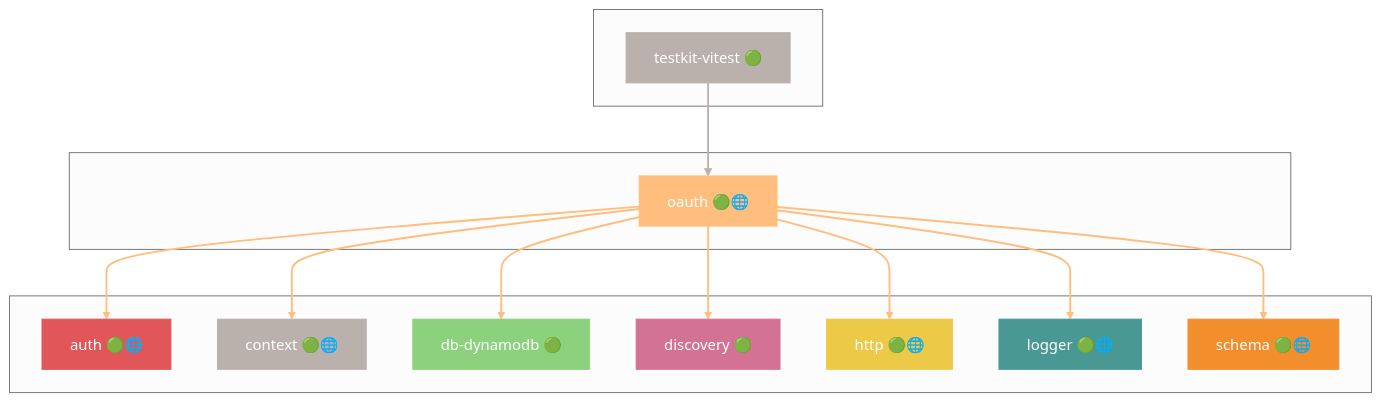
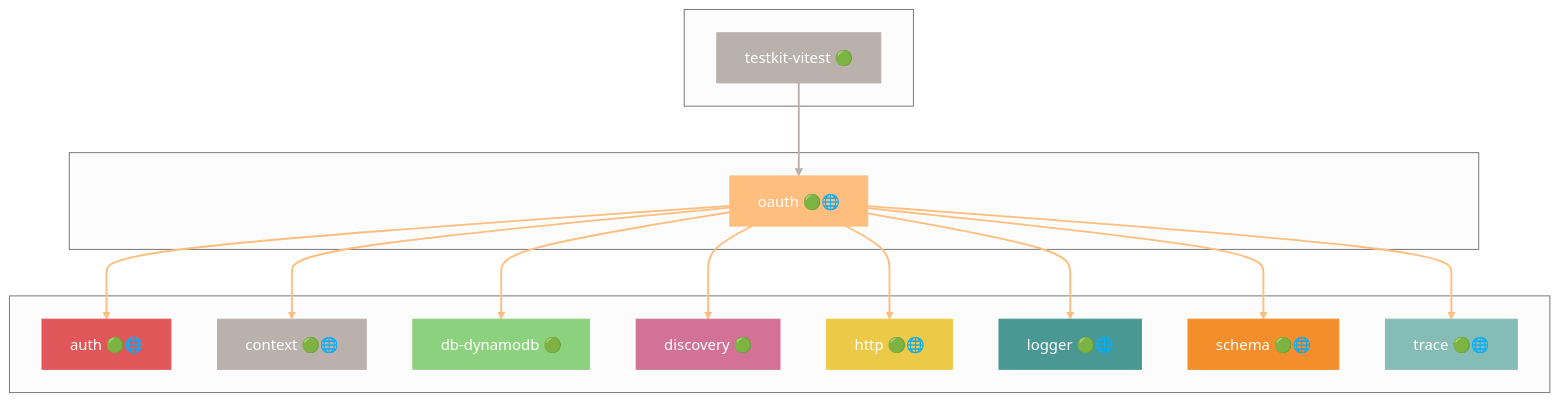
One commit to grest-ts/grest-ts changed diagram 36 of 50 in docs/DEPENDENCIES.md. Above: the diagram before and after it, drawn with Mermaid (neutral theme). The commit also changed other lines of this file and 5 other files, not shown here.

````diff
--- a/docs/DEPENDENCIES.md
+++ b/docs/DEPENDENCIES.md
@@ -1907,43 +1915,47 @@
 ```mermaid
 flowchart TB
     subgraph Dependents[" "]
         testkit-vitest["testkit-vitest 🟢"]
     end
     subgraph Package[" "]
         oauth["oauth 🟢🌐"]
     end
     subgraph Dependencies[" "]
         auth["auth 🟢🌐"]
         context["context 🟢🌐"]
         db-dynamodb["db-dynamodb 🟢"]
         discovery["discovery 🟢"]
         http["http 🟢🌐"]
         logger["logger 🟢🌐"]
         schema["schema 🟢🌐"]
+        trace["trace 🟢🌐"]
     end
     testkit-vitest --> oauth
     oauth --> auth
     oauth --> context
     oauth --> db-dynamodb
     oauth --> discovery
     oauth --> http
     oauth --> logger
     oauth --> schema
+    oauth --> trace
     style oauth fill:#FFBE7D,stroke:#FFBE7D,color:#fff
     style testkit-vitest fill:#BAB0AC,stroke:#BAB0AC,color:#fff
     style auth fill:#E15759,stroke:#E15759,color:#fff
     style context fill:#BAB0AC,stroke:#BAB0AC,color:#fff
     style db-dynamodb fill:#8CD17D,stroke:#8CD17D,color:#fff
     style discovery fill:#D37295,stroke:#D37295,color:#fff
     style http fill:#EDC948,stroke:#EDC948,color:#fff
     style logger fill:#499894,stroke:#499894,color:#fff
     style schema fill:#F28E2B,stroke:#F28E2B,color:#fff
+    style trace fill:#86BCB6,stroke:#86BCB6,color:#fff
     linkStyle 0 stroke:#BAB0AC,stroke-width:2px
     linkStyle 1 stroke:#FFBE7D,stroke-width:2px
     linkStyle 2 stroke:#FFBE7D,stroke-width:2px
     linkStyle 3 stroke:#FFBE7D,stroke-width:2px
     linkStyle 4 stroke:#FFBE7D,stroke-width:2px
     linkStyle 5 stroke:#FFBE7D,stroke-width:2px
     linkStyle 6 stroke:#FFBE7D,stroke-width:2px
     linkStyle 7 stroke:#FFBE7D,stroke-width:2px
+    linkStyle 8 stroke:#FFBE7D,stroke-width:2px
 ```
````
